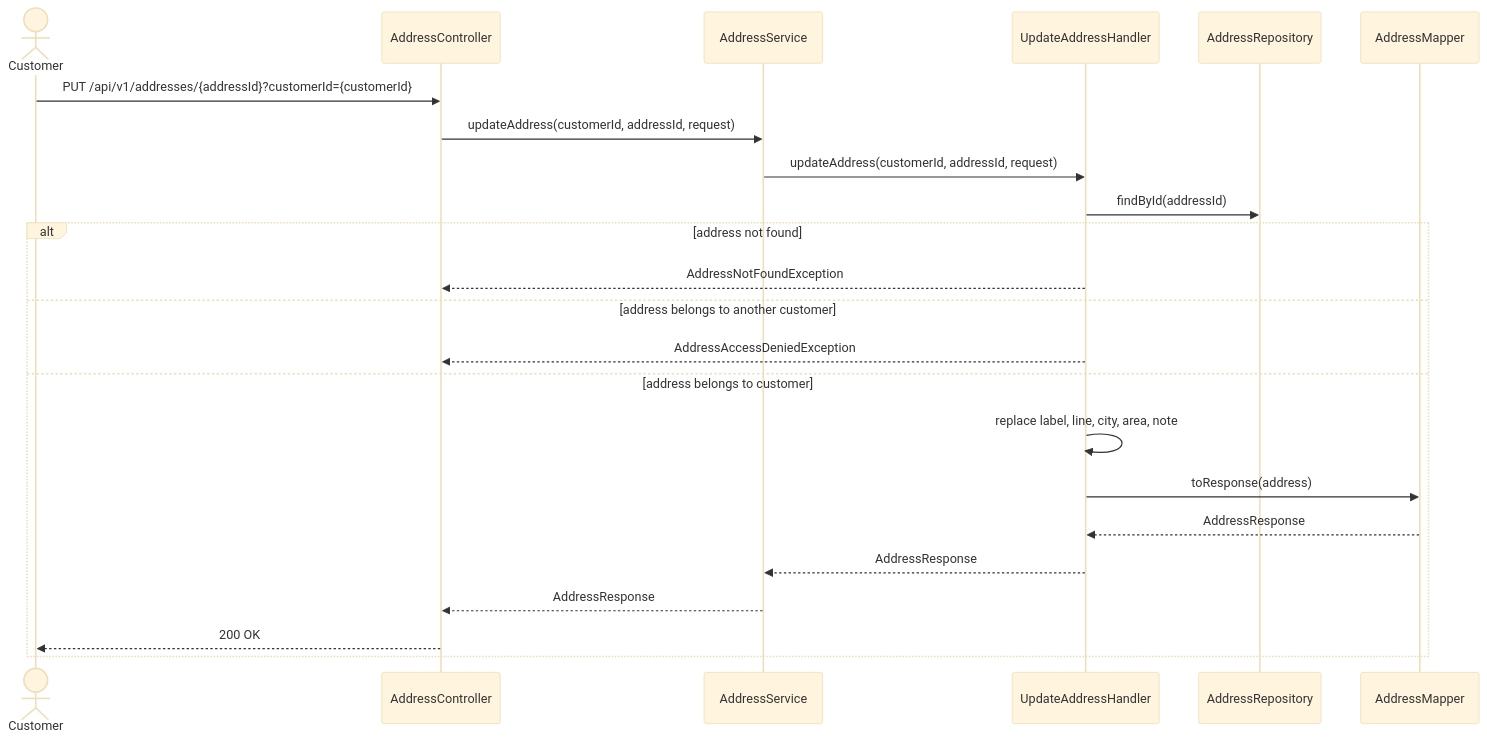
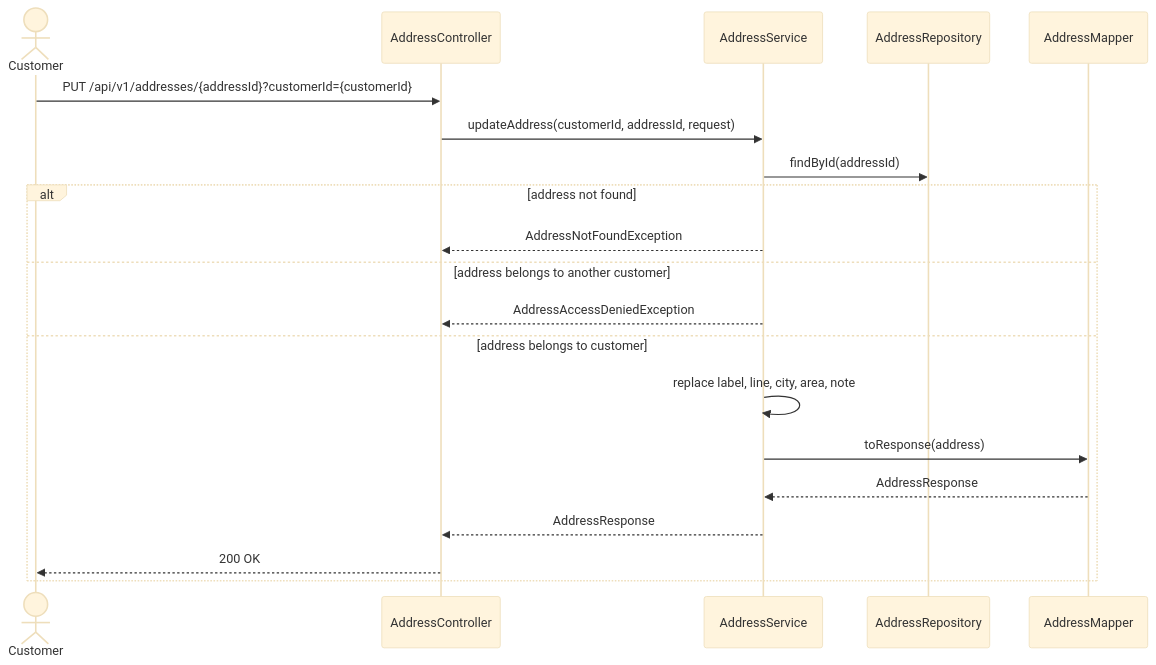
The third of 5 diagrams in restaurant/.docs/use-cases/customer-management/address-management/sequence-diagrams.md (msmohammed0077-cmd/mentorship-restaurant), drawn with Mermaid (base theme) before and after one commit. The commit also changed other lines of this file and 14 other files, not shown here.

````diff
--- a/restaurant/.docs/use-cases/customer-management/address-management/sequence-diagrams.md
+++ b/restaurant/.docs/use-cases/customer-management/address-management/sequence-diagrams.md
@@ -71,26 +65,23 @@
 ```mermaid
 sequenceDiagram
     actor Customer
     participant C as AddressController
-    participant S as AddressService
-    participant H as UpdateAddressHandler
+    participant H as AddressService
     participant Addresses as AddressRepository
     participant M as AddressMapper
 
     Customer->>C: PUT /api/v1/addresses/{addressId}?customerId={customerId}
-    C->>S: updateAddress(customerId, addressId, request)
-    S->>H: updateAddress(customerId, addressId, request)
+    C->>H: updateAddress(customerId, addressId, request)
     H->>Addresses: findById(addressId)
     alt address not found
         H-->>C: AddressNotFoundException
     else address belongs to another customer
         H-->>C: AddressAccessDeniedException
     else address belongs to customer
         H->>H: replace label, line, city, area, note
         H->>M: toResponse(address)
         M-->>H: AddressResponse
-        H-->>S: AddressResponse
-        S-->>C: AddressResponse
+        H-->>C: AddressResponse
         C-->>Customer: 200 OK
     end
 ```
````
